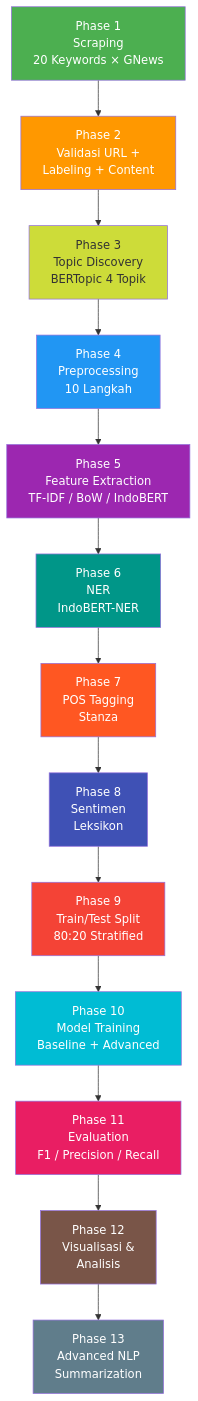
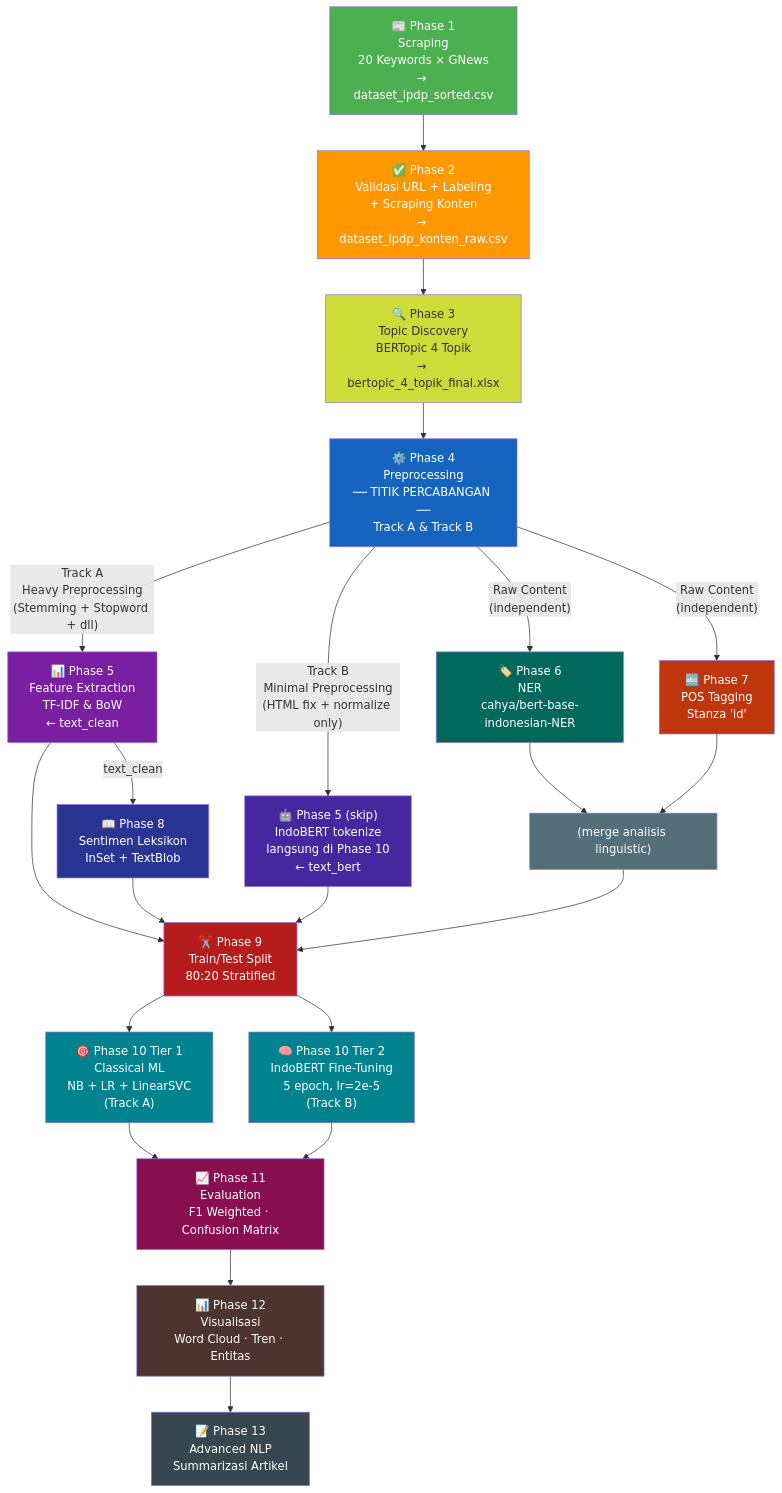
Before and after one commit to MIqbalBY/PBA: the first of 5 diagrams in Project A/Pipeline_NLP_LPDP.md, drawn with Mermaid. The commit also changed other lines of this file and 2 other files, not shown here.

Commit message:
feat(preprocessing): add dual-track preprocessing (Track A TF-IDF + Track B IndoBERT), comparison cells, and bert dataset output

````diff
--- a/Project A/Pipeline_NLP_LPDP.md
+++ b/Project A/Pipeline_NLP_LPDP.md
@@ -48,29 +50,51 @@
 ```mermaid
 flowchart TD
-    A["Phase 1\nScraping\n20 Keywords × GNews"] --> B["Phase 2\nValidasi URL +\nLabeling + Content"]
-    B --> C["Phase 3\nTopic Discovery\nBERTopic 4 Topik"]
-    C --> D["Phase 4\nPreprocessing\n10 Langkah"]
-    D --> E["Phase 5\nFeature Extraction\nTF-IDF / BoW / IndoBERT"]
-    E --> F["Phase 6\nNER\nIndoBERT-NER"]
-    F --> G["Phase 7\nPOS Tagging\nStanza"]
-    G --> H["Phase 8\nSentimen\nLeksikon"]
-    H --> I["Phase 9\nTrain/Test Split\n80:20 Stratified"]
-    I --> J["Phase 10\nModel Training\nBaseline + Advanced"]
-    J --> K["Phase 11\nEvaluation\nF1 / Precision / Recall"]
-    K --> L["Phase 12\nVisualisasi &\nAnalisis"]
-    L --> M["Phase 13\nAdvanced NLP\nSummarization"]
+    A["📰 Phase 1\nScraping\n20 Keywords × GNews\n→ dataset_lpdp_sorted.csv"] --> B
+    B["✅ Phase 2\nValidasi URL + Labeling\n+ Scraping Konten\n→ dataset_lpdp_konten_raw.csv"] --> C
+    C["🔍 Phase 3\nTopic Discovery\nBERTopic 4 Topik\n→ bertopic_4_topik_final.xlsx"] --> D
+
+    D["⚙️ Phase 4\nPreprocessing\n── TITIK PERCABANGAN ──\nTrack A & Track B"]
+
+    D -->|"Track A\nHeavy Preprocessing\n(Stemming + Stopword + dll)"| E_A
+    D -->|"Track B\nMinimal Preprocessing\n(HTML fix + normalize only)"| E_B
+
+    E_A["📊 Phase 5\nFeature Extraction\nTF-IDF & BoW\n← text_clean"] --> I
+    E_B["🤖 Phase 5 (skip)\nIndoBERT tokenize\nlangsung di Phase 10\n← text_bert"] --> I
+
+    D -->|"Raw Content\n(independent)"| F
+    D -->|"Raw Content\n(independent)"| G
+
+    F["🏷️ Phase 6\nNER\ncahya/bert-base-indonesian-NER"] --> H_merge
+    G["🔤 Phase 7\nPOS Tagging\nStanza 'id'"] --> H_merge
+
+    E_A -->|"text_clean"| H["📖 Phase 8\nSentimen Leksikon\nInSet + TextBlob"]
+    H --> I
+
+    H_merge["(merge analisis linguistic)"]
+    H_merge --> I
+
+    I["✂️ Phase 9\nTrain/Test Split\n80:20 Stratified"] --> J_A & J_B
+    J_A["🎯 Phase 10 Tier 1\nClassical ML\nNB + LR + LinearSVC\n(Track A)"] --> K
+    J_B["🧠 Phase 10 Tier 2\nIndoBERT Fine-Tuning\n5 epoch, lr=2e-5\n(Track B)"] --> K
+
+    K["📈 Phase 11\nEvaluation\nF1 Weighted · Confusion Matrix"] --> L
+    L["📊 Phase 12\nVisualisasi\nWord Cloud · Tren · Entitas"] --> M
+    M["📝 Phase 13\nAdvanced NLP\nSummarizasi Artikel"]
 
     style A fill:#4CAF50,color:#fff
     style B fill:#FF9800,color:#fff
     style C fill:#CDDC39,color:#333
-    style D fill:#2196F3,color:#fff
-    style E fill:#9C27B0,color:#fff
-    style F fill:#009688,color:#fff
-    style G fill:#FF5722,color:#fff
-    style H fill:#3F51B5,color:#fff
-    style I fill:#F44336,color:#fff
-    style J fill:#00BCD4,color:#fff
-    style K fill:#E91E63,color:#fff
-    style L fill:#795548,color:#fff
-    style M fill:#607D8B,color:#fff
+    style D fill:#1565C0,color:#fff
+    style E_A fill:#7B1FA2,color:#fff
+    style E_B fill:#4527A0,color:#fff
+    style F fill:#00695C,color:#fff
+    style G fill:#BF360C,color:#fff
+    style H fill:#283593,color:#fff
+    style I fill:#B71C1C,color:#fff
+    style J_A fill:#00838F,color:#fff
+    style J_B fill:#00838F,color:#fff
+    style K fill:#880E4F,color:#fff
+    style L fill:#4E342E,color:#fff
+    style M fill:#37474F,color:#fff
+    style H_merge fill:#546E7A,color:#fff
 ```
````
